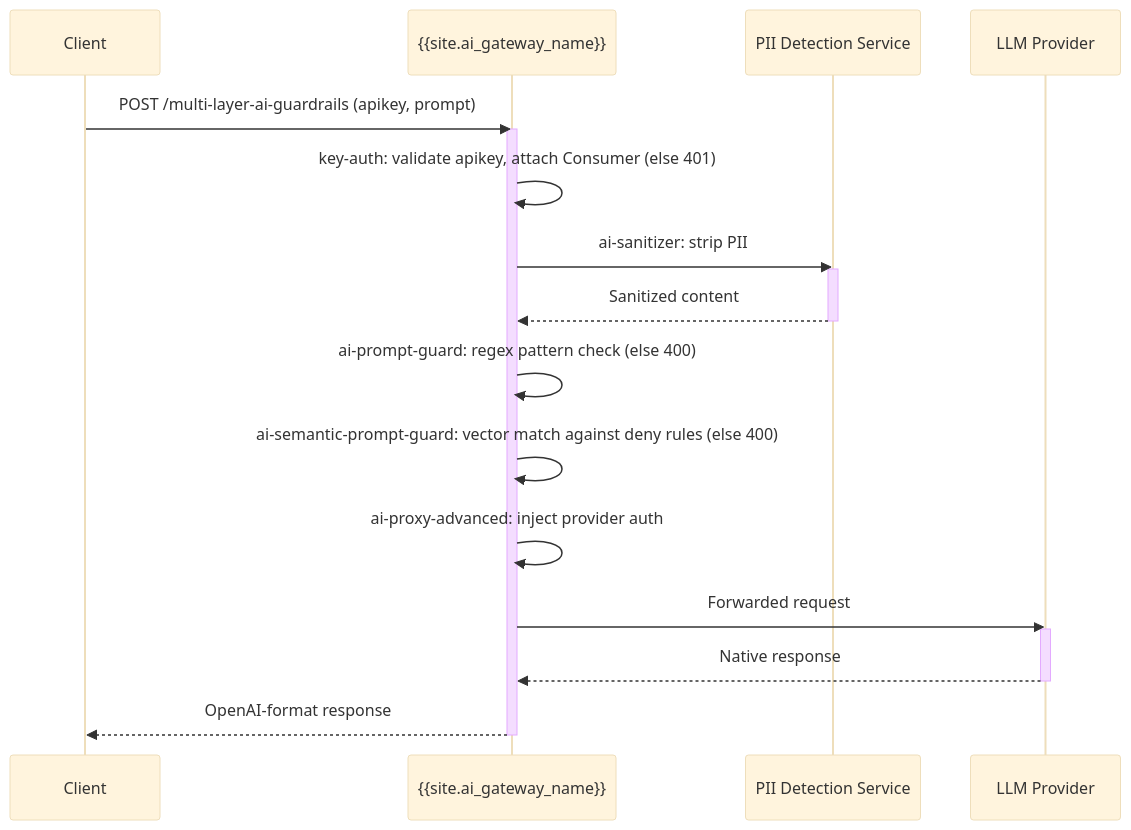
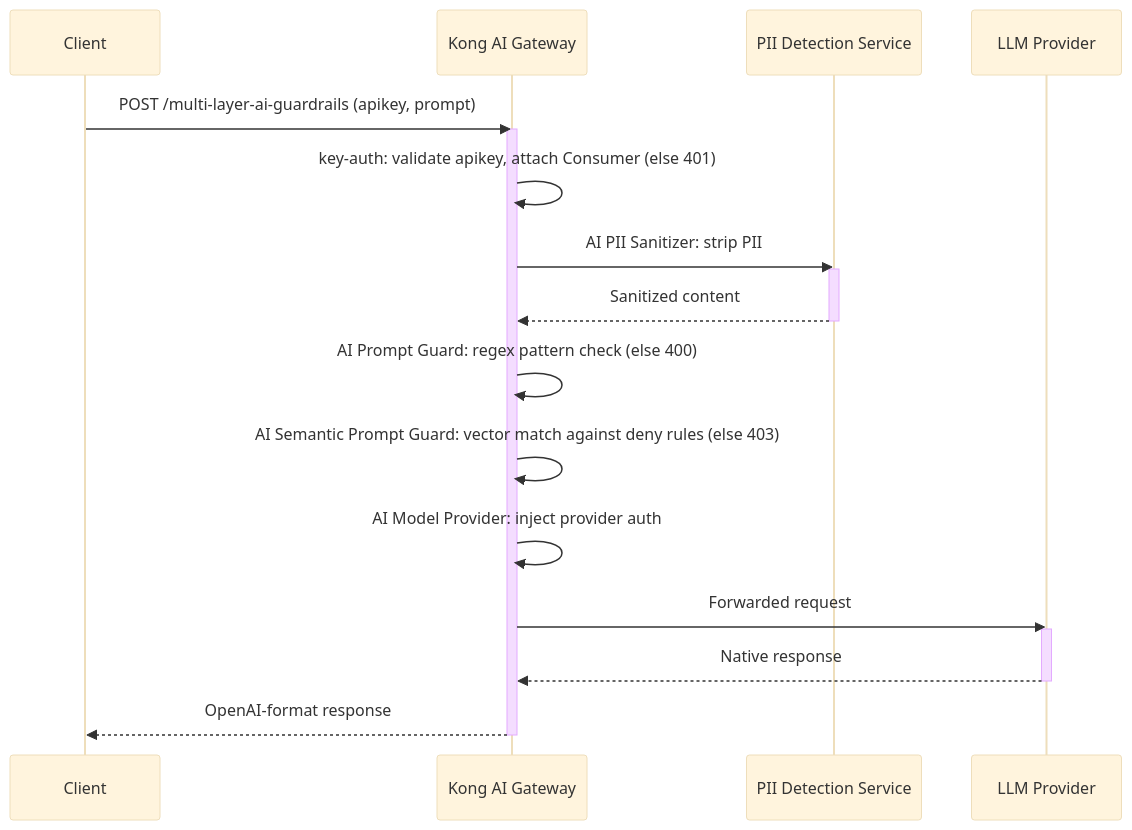
One commit to Kong/developer.konghq.com changed the diagram in app/_cookbooks/multi-layer-ai-guardrails.md. Above: the diagram before and after it, drawn with Mermaid (base theme). The commit also changed other lines of this file and 11 other files, not shown here.

```diff
--- a/app/_cookbooks/multi-layer-ai-guardrails.md
+++ b/app/_cookbooks/multi-layer-ai-guardrails.md
@@ -230,24 +224,24 @@
 {% mermaid %}
 sequenceDiagram
     participant C as Client
-    participant K as {{site.ai_gateway_name}}
+    participant K as Kong AI Gateway
     participant P as PII Detection Service
     participant L as LLM Provider
 
     C->>K: POST /multi-layer-ai-guardrails (apikey, prompt)
     activate K
     K->>K: key-auth: validate apikey, attach Consumer (else 401)
-    K->>P: ai-sanitizer: strip PII
+    K->>P: AI PII Sanitizer: strip PII
     activate P
     P-->>K: Sanitized content
     deactivate P
-    K->>K: ai-prompt-guard: regex pattern check (else 400)
-    K->>K: ai-semantic-prompt-guard: vector match against deny rules (else 400)
-    K->>K: ai-proxy-advanced: inject provider auth
+    K->>K: AI Prompt Guard: regex pattern check (else 400)
+    K->>K: AI Semantic Prompt Guard: vector match against deny rules (else 403)
+    K->>K: AI Model Provider: inject provider auth
     K->>L: Forwarded request
     activate L
     L-->>K: Native response
     deactivate L
     K-->>C: OpenAI-format response
     deactivate K
 {% endmermaid %}
```
